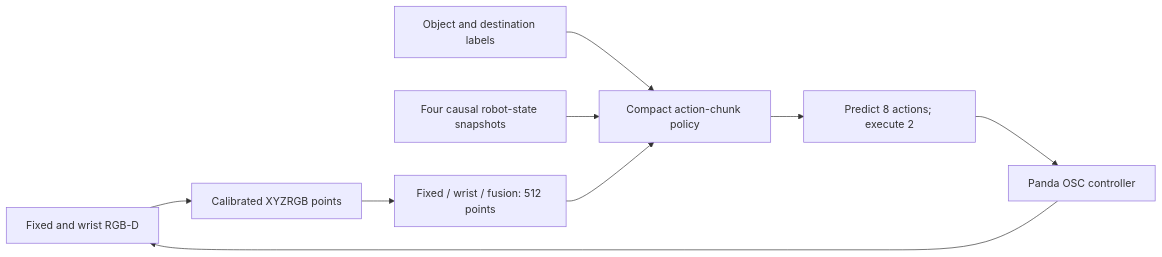
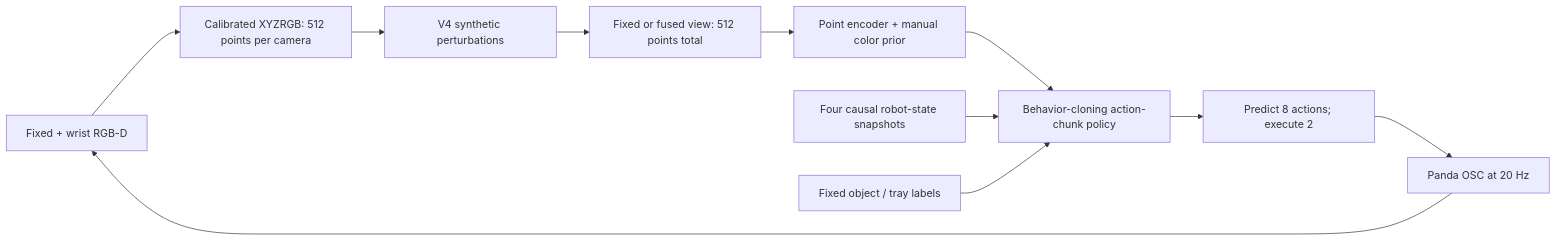
The diagram in README.md (Alecbossard/GeoPolicy-Bench), drawn with Mermaid before and after one commit. The commit also changed other lines of this file and 18 other files, not shown here.

````diff
--- a/README.md
+++ b/README.md
@@ -48,11 +46,13 @@
 ```mermaid
 flowchart LR
-    Cameras[Fixed and wrist RGB-D] --> Geometry[Calibrated XYZRGB points]
-    Geometry --> Views[Fixed / wrist / fusion: 512 points]
-    Instruction[Object and destination labels] --> Policy[Compact action-chunk policy]
+    Cameras[Fixed + wrist RGB-D] --> Geometry[Calibrated XYZRGB: 512 points per camera]
+    Geometry --> Perturb[V4 synthetic perturbations]
+    Perturb --> Views[Fixed or fused view: 512 points total]
+    Views --> Encoder[Point encoder + manual color prior]
+    Encoder --> Policy[Behavior-cloning action-chunk policy]
     History[Four causal robot-state snapshots] --> Policy
-    Views --> Policy
+    Labels[Fixed object / tray labels] --> Policy
     Policy --> Actions[Predict 8 actions; execute 2]
-    Actions --> Robot[Panda OSC controller]
+    Actions --> Robot[Panda OSC at 20 Hz]
     Robot --> Cameras
 ```
````
